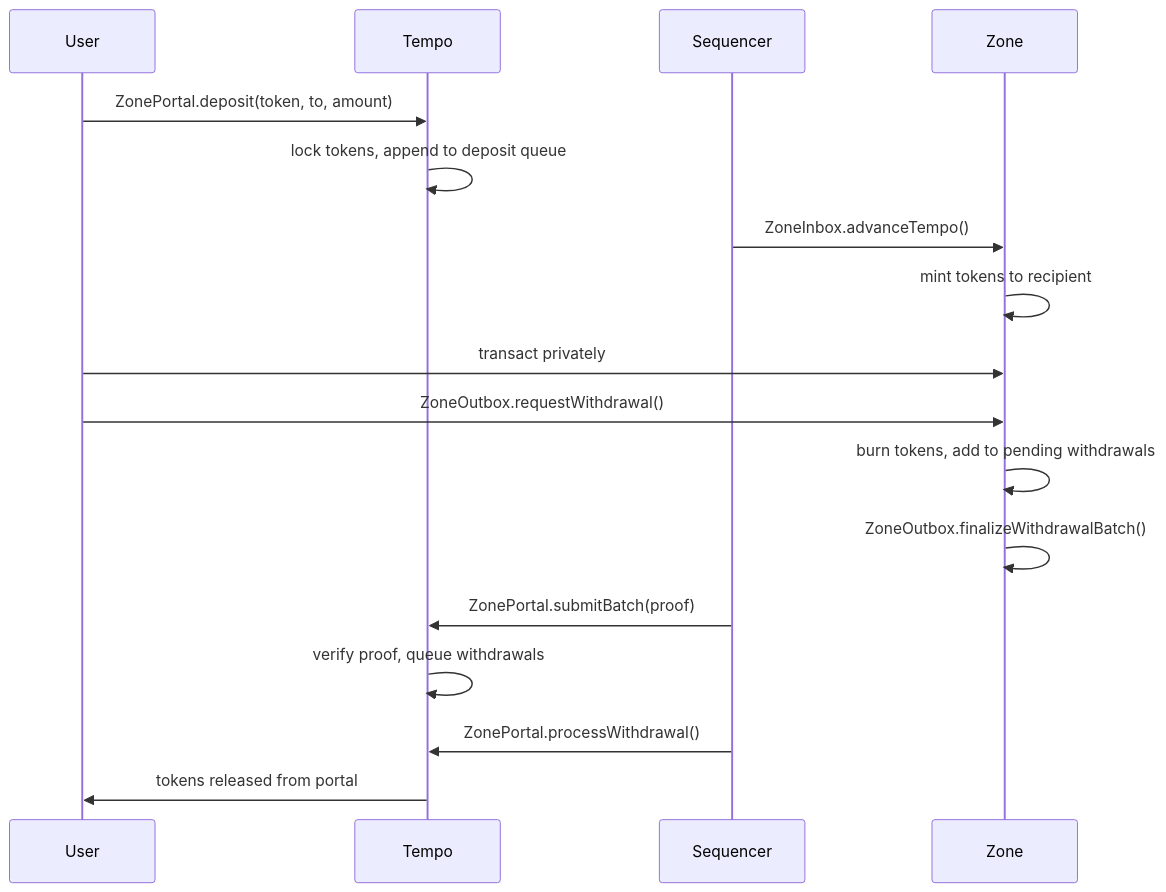
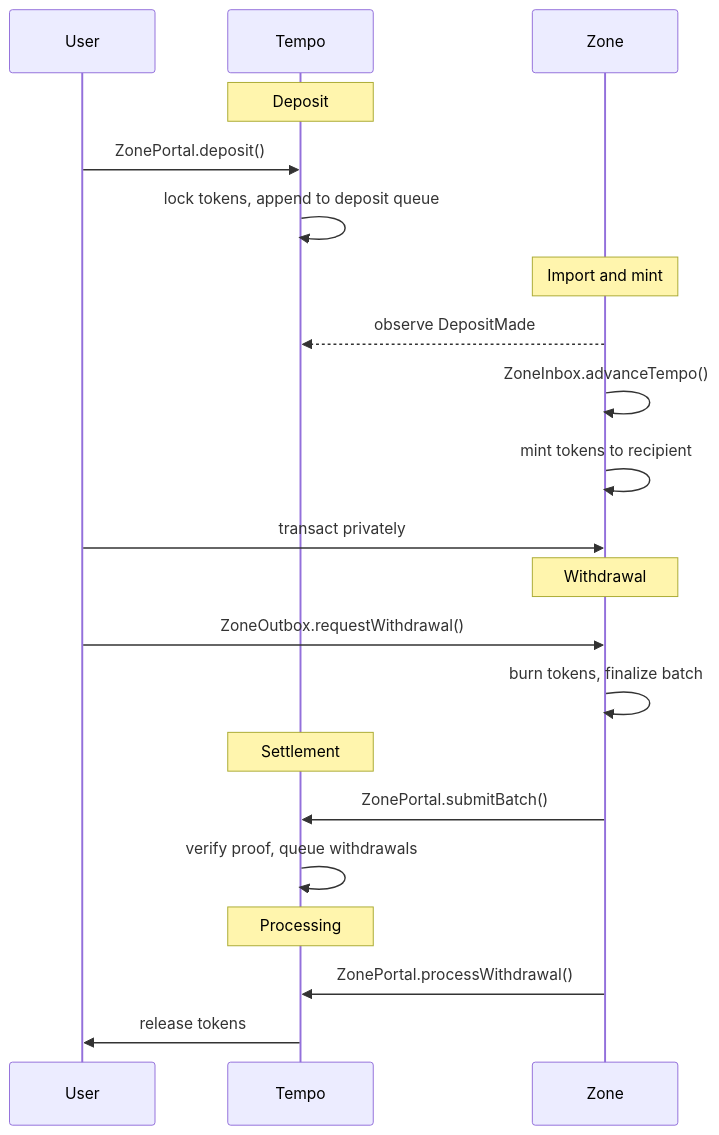
The first of 4 diagrams in docs/specs/zone_spec.md (tempoxyz/zones), drawn with Mermaid before and after one commit. The commit also changed other lines of this file, not shown here.

Commit message:
docs: update withdrawal diagram

````diff
--- a/docs/specs/zone_spec.md
+++ b/docs/specs/zone_spec.md
@@ -128,24 +128,29 @@
 ```mermaid
 sequenceDiagram
-    participant User
-    participant Tempo
-    participant Sequencer
-    participant Zone
+    participant U as User
+    participant T as Tempo
+    participant Z as Zone
 
-    User->>Tempo: ZonePortal.deposit(token, to, amount)
-    Tempo->>Tempo: lock tokens, append to deposit queue
-    Sequencer->>Zone: ZoneInbox.advanceTempo()
-    Zone->>Zone: mint tokens to recipient
+    Note over T: Deposit
+    U->>T: ZonePortal.deposit()
+    T->>T: lock tokens, append to deposit queue
 
-    User->>Zone: transact privately
+    Note over Z: Import and mint
+    Z-->>T: observe DepositMade
+    Z->>Z: ZoneInbox.advanceTempo()
+    Z->>Z: mint tokens to recipient
 
-    User->>Zone: ZoneOutbox.requestWithdrawal()
-    Zone->>Zone: burn tokens, add to pending withdrawals
-    Zone->>Zone: ZoneOutbox.finalizeWithdrawalBatch()
+    U->>Z: transact privately
 
-    Sequencer->>Tempo: ZonePortal.submitBatch(proof)
-    Tempo->>Tempo: verify proof, queue withdrawals
+    Note over Z: Withdrawal
+    U->>Z: ZoneOutbox.requestWithdrawal()
+    Z->>Z: burn tokens, finalize batch
 
-    Sequencer->>Tempo: ZonePortal.processWithdrawal()
-    Tempo->>User: tokens released from portal
+    Note over T: Settlement
+    Z->>T: ZonePortal.submitBatch()
+    T->>T: verify proof, queue withdrawals
+
+    Note over T: Processing
+    Z->>T: ZonePortal.processWithdrawal()
+    T->>U: release tokens
 ```
````
